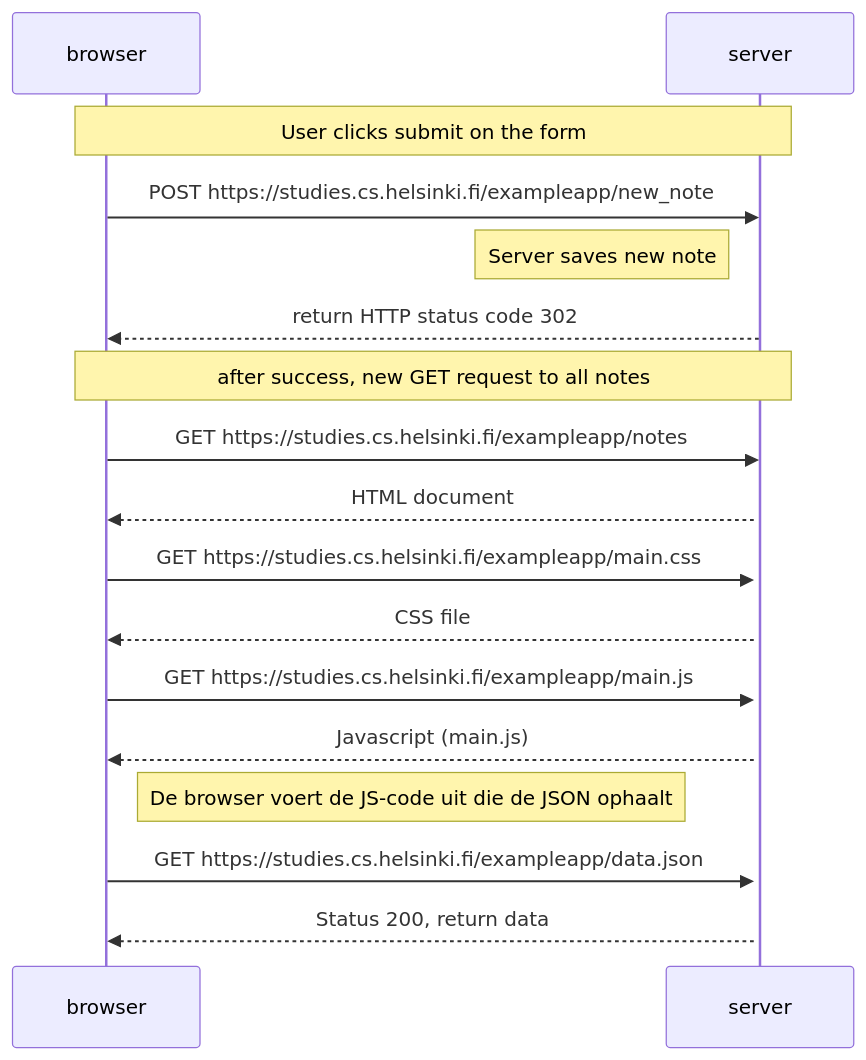
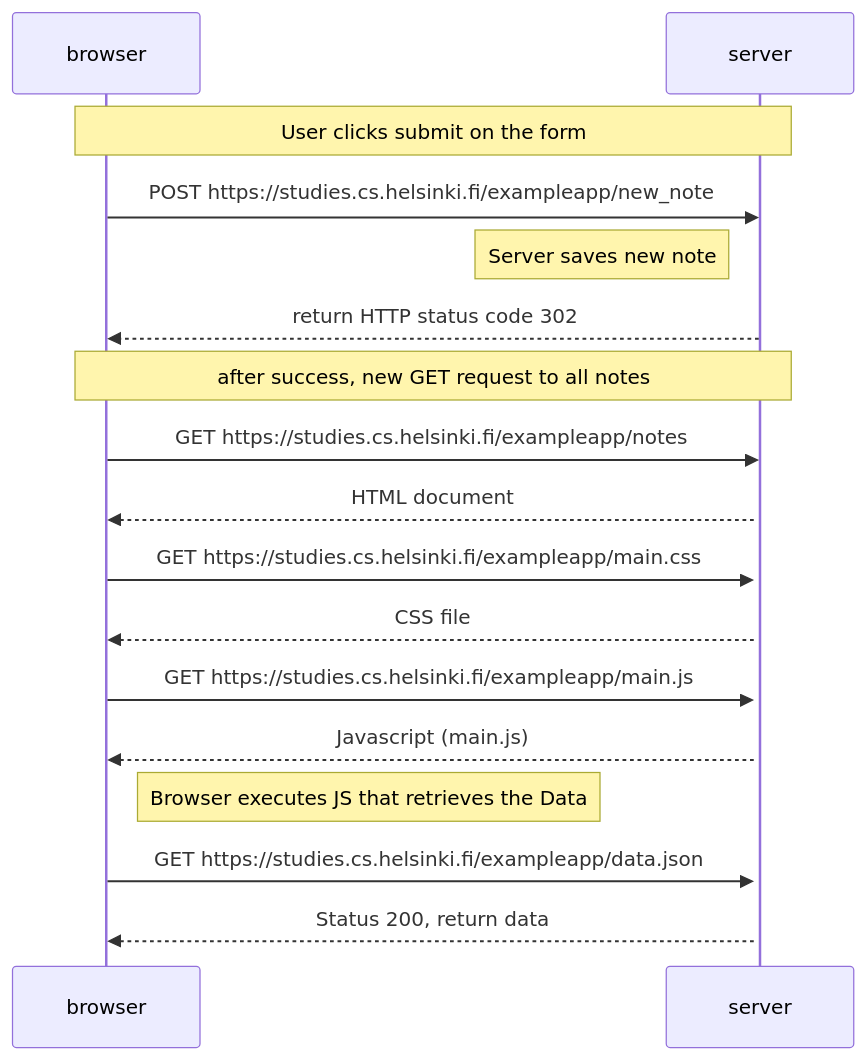
Before and after one commit to tsjerkvdm/fullstackopen: the diagram in part0/04.mmd, drawn with Mermaid.

```diff
--- a/part0/04.mmd
+++ b/part0/04.mmd
@@ -1,31 +1,31 @@
 sequenceDiagram
     participant browser
     participant server
 
     Note over browser,server: User clicks submit on the form
 
     browser->>server: POST https://studies.cs.helsinki.fi/exampleapp/new_note
 
     Note left of server: Server saves new note
     server-->>browser: return HTTP status code 302 
 
     Note over browser, server: after success, new GET request to all notes
 
     browser->>server: GET https://studies.cs.helsinki.fi/exampleapp/notes
     activate server
     server-->>browser: HTML document
 
     browser->>server: GET https://studies.cs.helsinki.fi/exampleapp/main.css
     activate server
     server-->>browser: CSS file
 
 
     browser->>server: GET https://studies.cs.helsinki.fi/exampleapp/main.js
     activate server
     server-->>browser: Javascript (main.js)
 
-    Note right of browser: De browser voert de JS-code uit die de JSON ophaalt
+    Note right of browser: Browser executes JS that retrieves the Data
 
     browser->>server: GET https://studies.cs.helsinki.fi/exampleapp/data.json
     activate server
     server-->>browser: Status 200, return data
```
